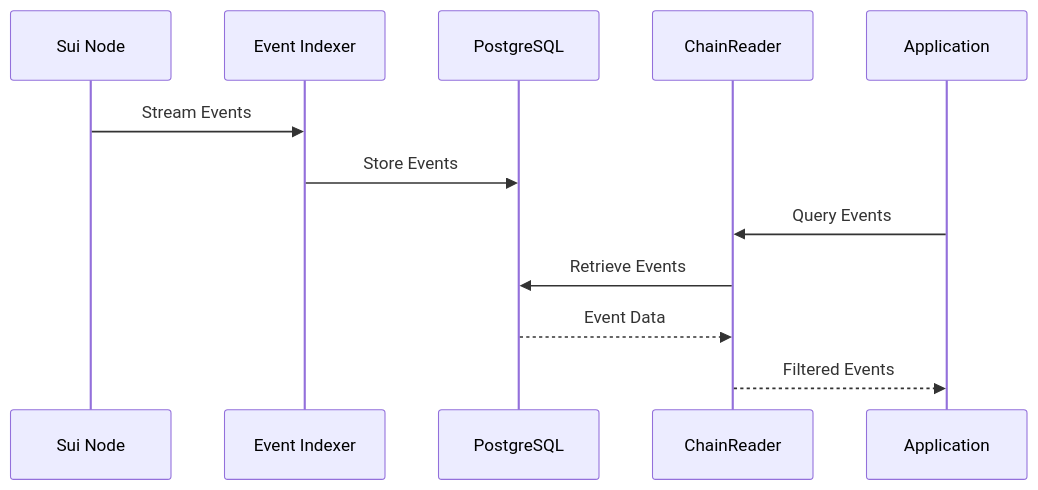
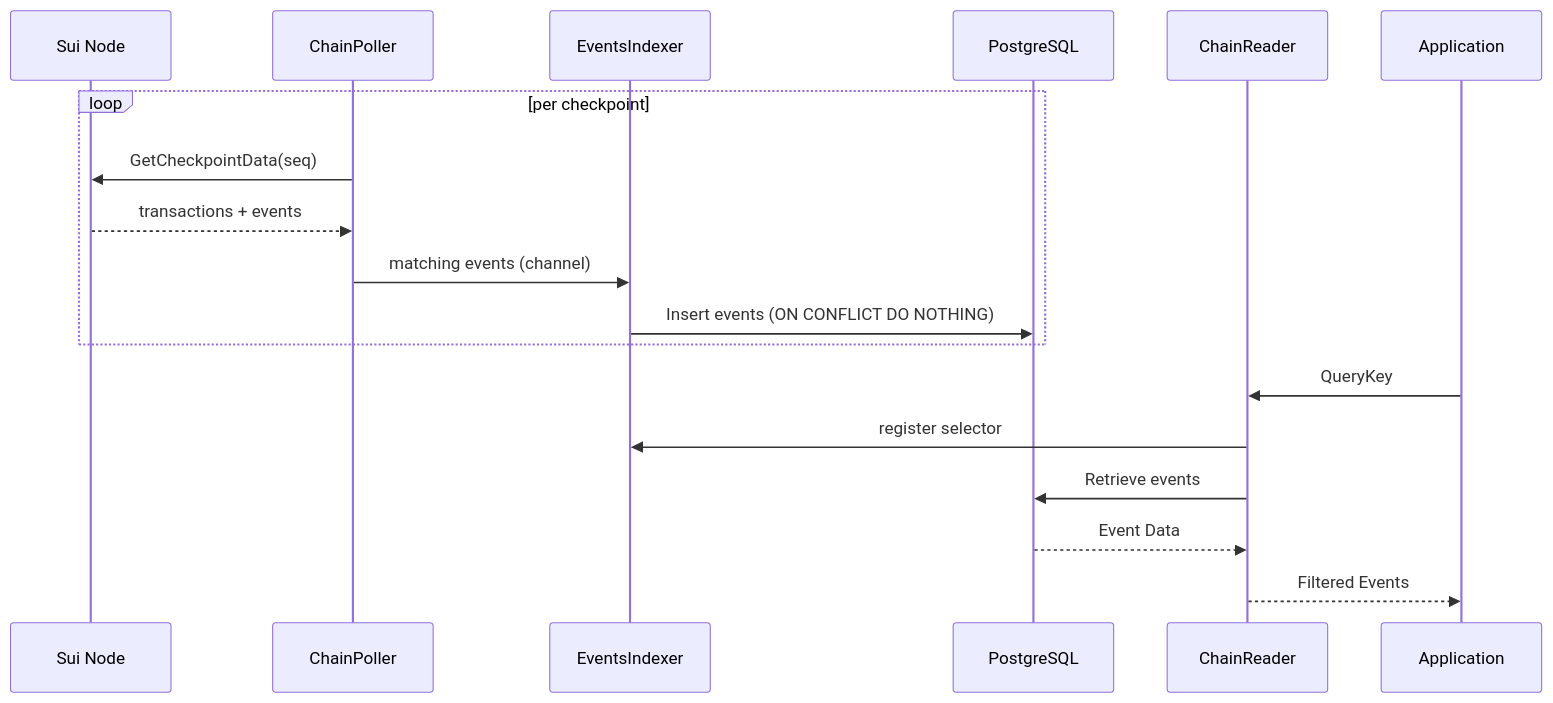
One commit to smartcontractkit/chainlink-sui changed the sixth of 8 diagrams in documentation/architecture/overview.md. Above: the diagram before and after it, drawn with Mermaid. The commit also changed other lines of this file and 7 other files, not shown here.

````diff
--- a/documentation/architecture/overview.md
+++ b/documentation/architecture/overview.md
@@ -200,15 +207,21 @@
 ```mermaid
 sequenceDiagram
     participant SuiNode as Sui Node
-    participant Indexer as Event Indexer
+    participant Poller as ChainPoller
+    participant Indexer as EventsIndexer
     participant DB as PostgreSQL
     participant Reader as ChainReader
     participant App as Application
-    
-    SuiNode->>Indexer: Stream Events
-    Indexer->>DB: Store Events
-    App->>Reader: Query Events
-    Reader->>DB: Retrieve Events
+
+    loop per checkpoint
+        Poller->>SuiNode: GetCheckpointData(seq)
+        SuiNode-->>Poller: transactions + events
+        Poller->>Indexer: matching events (channel)
+        Indexer->>DB: Insert events (ON CONFLICT DO NOTHING)
+    end
+    App->>Reader: QueryKey
+    Reader->>Indexer: register selector
+    Reader->>DB: Retrieve events
     DB-->>Reader: Event Data
     Reader-->>App: Filtered Events
 ```
````
